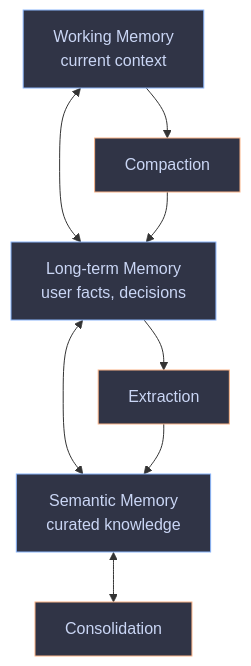
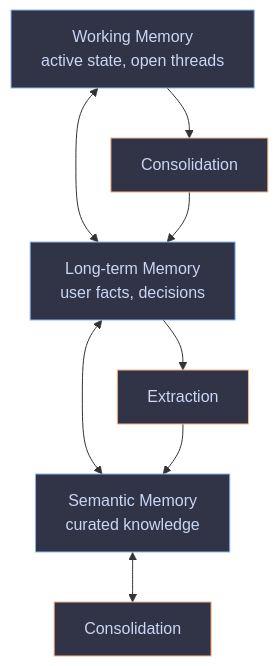
The third of 3 diagrams in slides.md (q15co/slides), drawn with Mermaid before and after one commit. The commit also changed other lines of this file and 356 other files, not shown here.

````diff
--- a/slides.md
+++ b/slides.md
@@ -574,15 +458,15 @@
 ```mermaid {scale: 0.45}
 flowchart TB
-    SHORT[Working Memory<br/>current context] <--> LONG[Long-term Memory<br/>user facts, decisions]
+    SHORT[Working Memory<br/>active state, open threads] <--> LONG[Long-term Memory<br/>user facts, decisions]
     LONG <--> SEM[Semantic Memory<br/>curated knowledge]
-    SHORT --> COMP[Compaction]
+    SHORT --> COMP[Consolidation]
     COMP --> LONG
     LONG --> EXTRACT[Extraction]
     EXTRACT --> SEM
     SEM <--> CONS[Consolidation]
 
     classDef mem fill:#303446,stroke:#89b4fa,color:#cad6f5
     classDef cog fill:#303446,stroke:#fab387,color:#cad6f5
     class SHORT,LONG,SEM mem
     class COMP,EXTRACT,CONS cog
 ```
````
